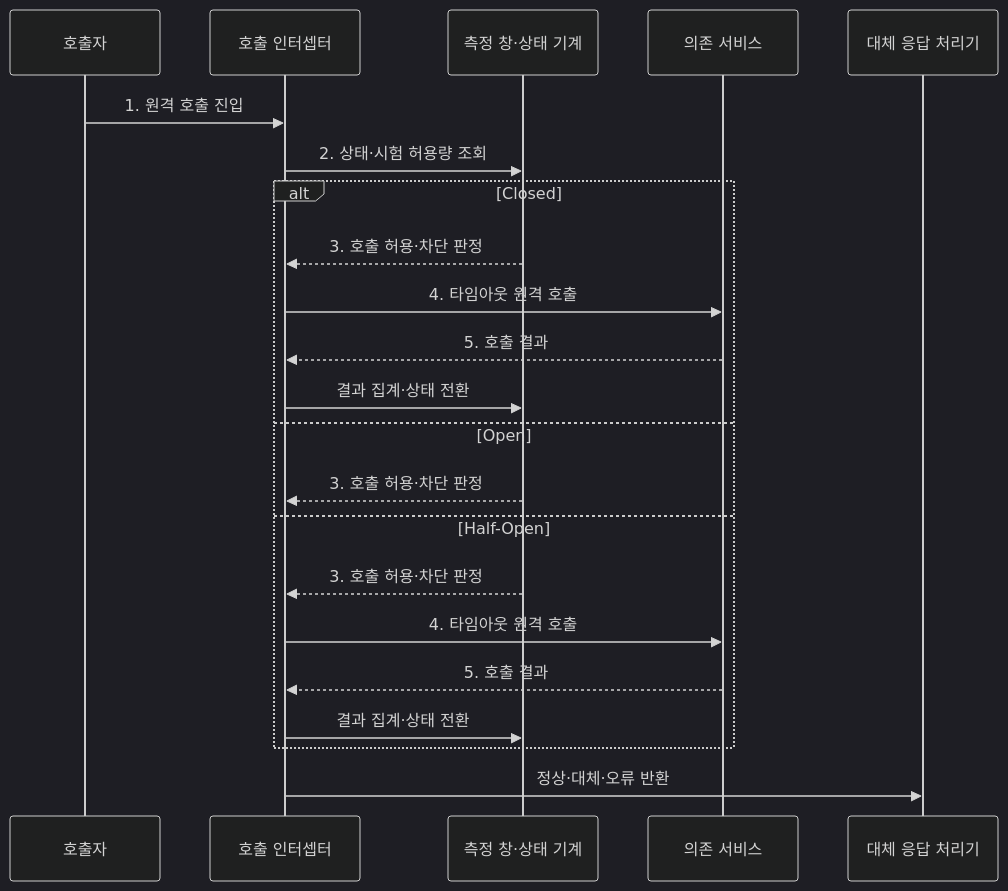
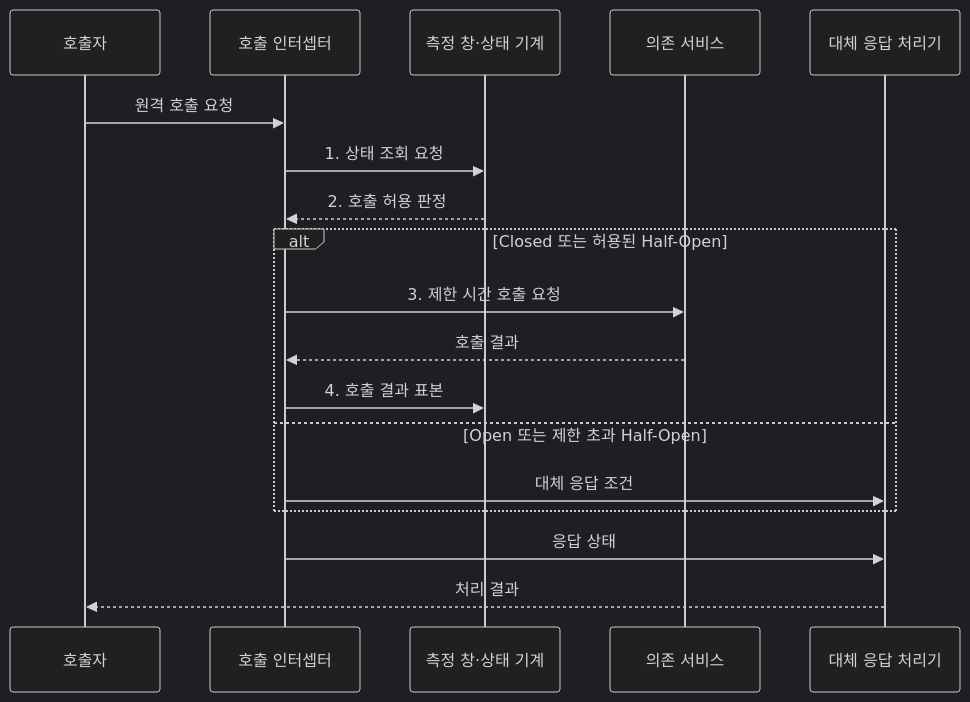
The second of 2 diagrams in src/content/docs/notes/03-software/041_circuit_breaker_pattern.md (agnusdei1207/knowledge-base), drawn with Mermaid (dark theme) before and after one commit. The commit also changed other lines of this file and 20 other files, not shown here.

````diff
--- a/src/content/docs/notes/03-software/041_circuit_breaker_pattern.md
+++ b/src/content/docs/notes/03-software/041_circuit_breaker_pattern.md
@@ -90,24 +90,20 @@
 ```mermaid
 sequenceDiagram
     participant C as 호출자
     participant I as 호출 인터셉터
     participant S as 측정 창·상태 기계
     participant D as 의존 서비스
     participant F as 대체 응답 처리기
-    C->>I: 1. 원격 호출 진입
-    I->>S: 2. 상태·시험 허용량 조회
-    alt Closed
-        S-->>I: 3. 호출 허용·차단 판정
-        I->>D: 4. 타임아웃 원격 호출
-        D-->>I: 5. 호출 결과
-        I->>S: 결과 집계·상태 전환
-    else Open
-        S-->>I: 3. 호출 허용·차단 판정
-    else Half-Open
-        S-->>I: 3. 호출 허용·차단 판정
-        I->>D: 4. 타임아웃 원격 호출
-        D-->>I: 5. 호출 결과
-        I->>S: 결과 집계·상태 전환
+    C->>I: 원격 호출 요청
+    I->>S: 1. 상태 조회 요청
+    S-->>I: 2. 호출 허용 판정
+    alt Closed 또는 허용된 Half-Open
+        I->>D: 3. 제한 시간 호출 요청
+        D-->>I: 호출 결과
+        I->>S: 4. 호출 결과 표본
+    else Open 또는 제한 초과 Half-Open
+        I->>F: 대체 응답 조건
     end
-    I->>F: 정상·대체·오류 반환
+    I->>F: 응답 상태
+    F-->>C: 처리 결과
 ```
````
